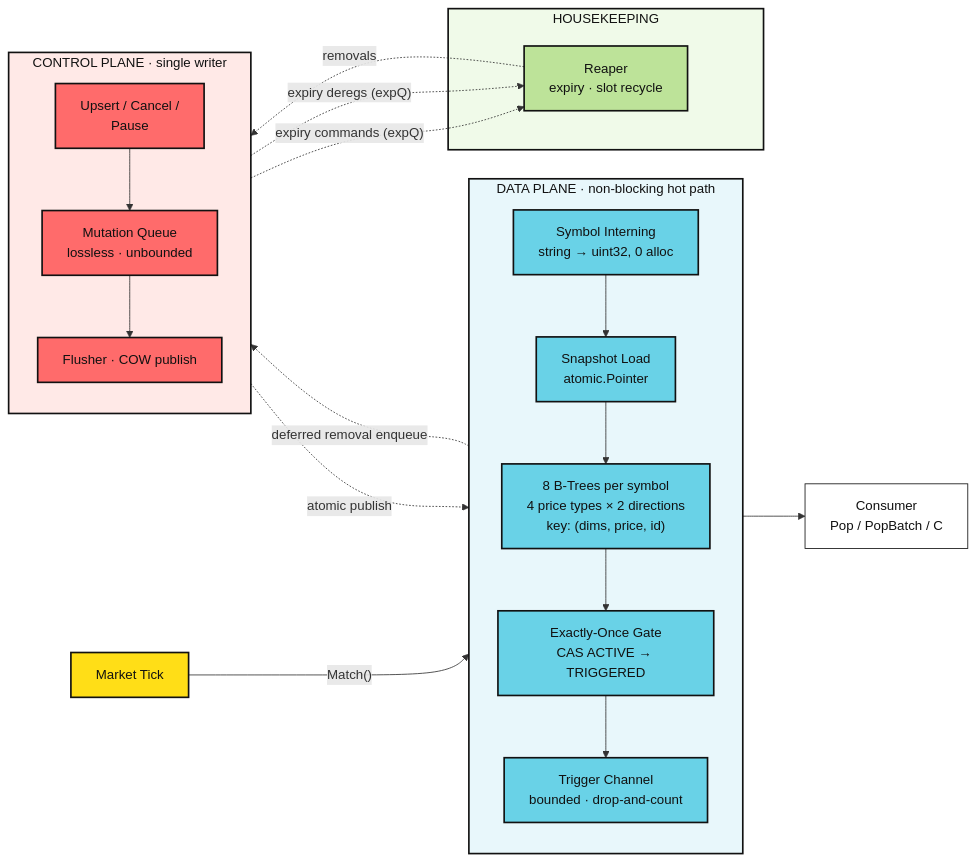
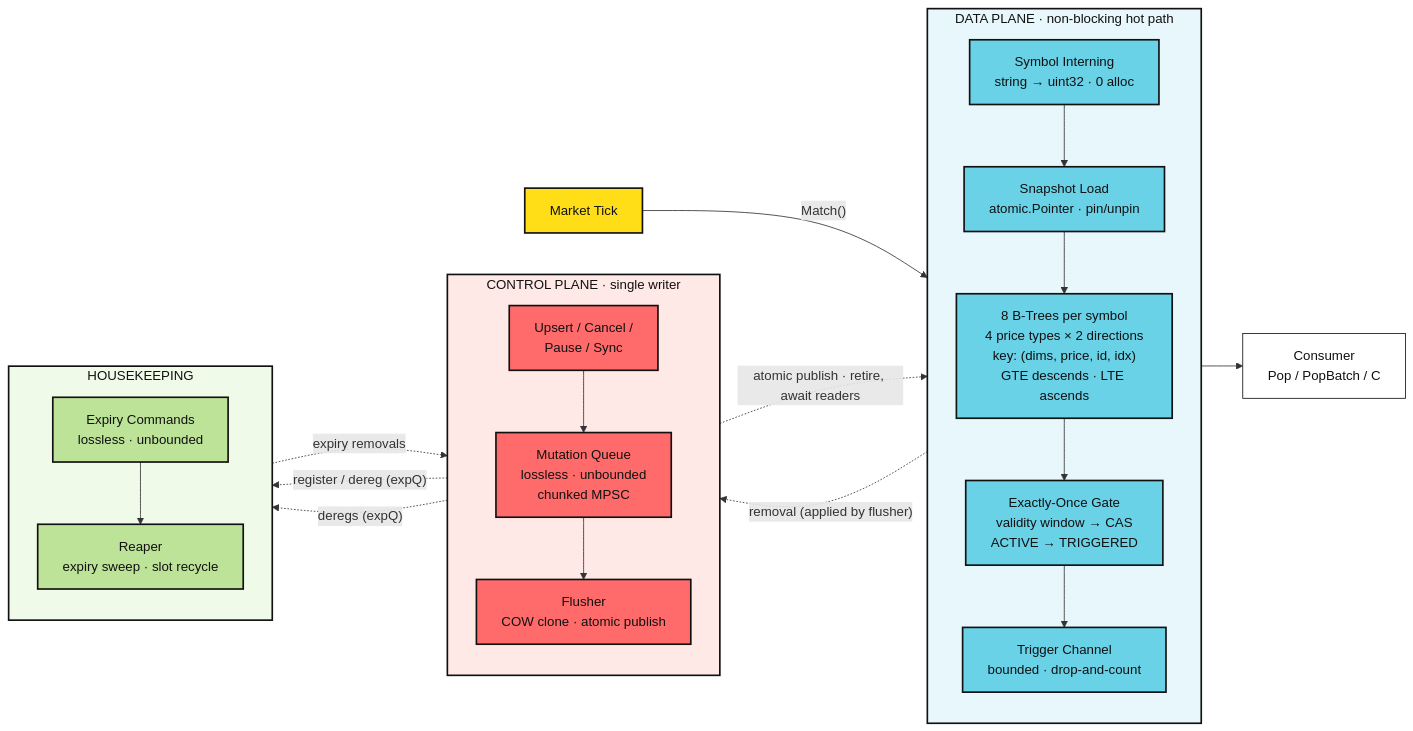
One commit to emirakts0/chrono-tree changed the diagram in README.md. Above: the diagram before and after it, drawn with Mermaid. The commit also changed other lines of this file, not shown here.

Commit message:
docs(readme): update architechture

````diff
--- a/README.md
+++ b/README.md
@@ -42,52 +40,55 @@
 ```mermaid
 flowchart LR
     T["Market Tick"]
 
     subgraph DP["DATA PLANE · non-blocking hot path"]
         direction TB
-        IN["Symbol Interning<br/>string → uint32, 0 alloc"]
-        SNAP["Snapshot Load<br/>atomic.Pointer"]
-        TREES["8 B-Trees per symbol<br/>4 price types × 2 directions<br/>key: (dims, price, id)"]
-        CAS["Exactly-Once Gate<br/>CAS ACTIVE → TRIGGERED"]
+        IN["Symbol Interning<br/>string → uint32 · 0 alloc"]
+        SNAP["Snapshot Load<br/>atomic.Pointer · pin/unpin"]
+        TREES["8 B-Trees per symbol<br/>4 price types × 2 directions<br/>key: (dims, price, id, idx)<br/>GTE descends · LTE ascends"]
+        CAS["Exactly-Once Gate<br/>validity window → CAS<br/>ACTIVE → TRIGGERED"]
         RING["Trigger Channel<br/>bounded · drop-and-count"]
         IN --> SNAP --> TREES --> CAS --> RING
     end
 
     subgraph CP["CONTROL PLANE · single writer"]
         direction TB
-        API["Upsert / Cancel /<br/>Pause"]
-        MQ["Mutation Queue<br/>lossless · unbounded"]
-        FL["Flusher · COW publish"]
+        API["Upsert / Cancel /<br/>Pause / Sync"]
+        MQ["Mutation Queue<br/>lossless · unbounded<br/>chunked MPSC"]
+        FL["Flusher<br/>COW clone · atomic publish"]
         API --> MQ --> FL
     end
 
     subgraph HK["HOUSEKEEPING"]
-        RP["Reaper<br/>expiry · slot recycle"]
+        direction TB
+        EXQ["Expiry Commands<br/>lossless · unbounded"]
+        RP["Reaper<br/>expiry sweep · slot recycle"]
+        EXQ --> RP
     end
 
     OUT["Consumer<br/>Pop / PopBatch / C"]
 
     T -- "Match()" --> IN
     RING --> OUT
-    FL -. "atomic publish" .-> SNAP
-    RP -. "removals" .-> MQ
-    CAS -. "deferred removal enqueue" .-> MQ
-    API -. "expiry commands (expQ)" .-> RP
-    FL -. "expiry deregs (expQ)" .-> RP
+    FL -. "atomic publish · retire, await readers" .-> SNAP
+    CAS -. "removal (applied by flusher)" .-> MQ
+    RP -. "expiry removals" .-> MQ
+    API -. "register / dereg (expQ)" .-> EXQ
+    FL -. "deregs (expQ)" .-> EXQ
 
     classDef input fill:#FFDE17,stroke:#111,stroke-width:2px,color:#111
     classDef data fill:#69D2E7,stroke:#111,stroke-width:2px,color:#111
     classDef control fill:#FF6B6B,stroke:#111,stroke-width:2px,color:#111
     classDef house fill:#BDE399,stroke:#111,stroke-width:2px,color:#111
     classDef comp fill:#ffffff,stroke:#111,stroke-width:1px,color:#111
 
     class T input
     class IN,SNAP,TREES,CAS,RING data
     class API,MQ,FL control
-    class RP house
+    class EXQ,RP house
     class OUT comp
 
     style DP fill:#E8F7FB,stroke:#111,stroke-width:2px,color:#111
     style CP fill:#FFE9E7,stroke:#111,stroke-width:2px,color:#111
     style HK fill:#F0FAE9,stroke:#111,stroke-width:2px,color:#111
 ```
````
